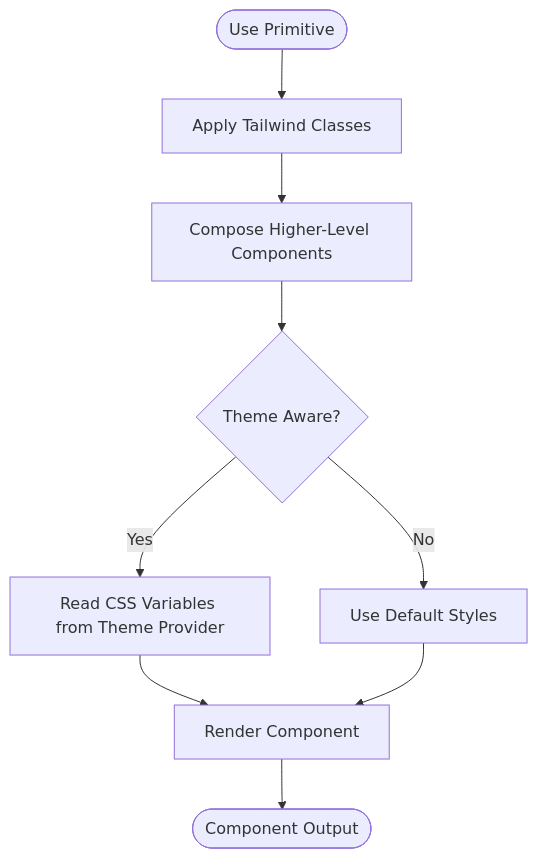
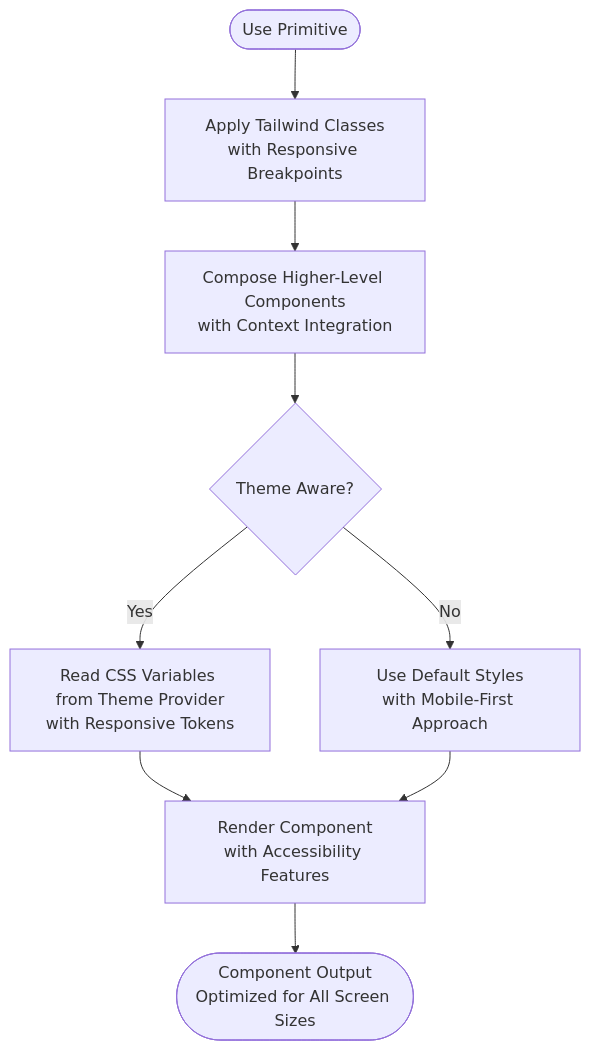
Before and after one commit to HassanAmeer/cheaprouter: the fifth of 9 diagrams in .qoder/repowiki/en/content/Frontend Architecture/Frontend Architecture.md, drawn with Mermaid. The commit also changed other lines of this file and 54 other files, not shown here.

````diff
--- a/.qoder/repowiki/en/content/Frontend Architecture/Frontend Architecture.md
+++ b/.qoder/repowiki/en/content/Frontend Architecture/Frontend Architecture.md
@@ -344,11 +380,11 @@
 ```mermaid
 flowchart TD
-Start(["Use Primitive"]) --> ApplyTailwind["Apply Tailwind Classes"]
-ApplyTailwind --> Compose["Compose Higher-Level Components"]
+Start(["Use Primitive"]) --> ApplyTailwind["Apply Tailwind Classes<br/>with Responsive Breakpoints"]
+ApplyTailwind --> Compose["Compose Higher-Level Components<br/>with Context Integration"]
 Compose --> ThemeAware{"Theme Aware?"}
-ThemeAware --> |Yes| UseCSSVars["Read CSS Variables from Theme Provider"]
-ThemeAware --> |No| DefaultStyles["Use Default Styles"]
-UseCSSVars --> Render["Render Component"]
+ThemeAware --> |Yes| UseCSSVars["Read CSS Variables from Theme Provider<br/>with Responsive Tokens"]
+ThemeAware --> |No| DefaultStyles["Use Default Styles<br/>with Mobile-First Approach"]
+UseCSSVars --> Render["Render Component<br/>with Accessibility Features"]
 DefaultStyles --> Render
-Render --> End(["Component Output"])
+Render --> End(["Component Output<br/>Optimized for All Screen Sizes"])
 ```
````
